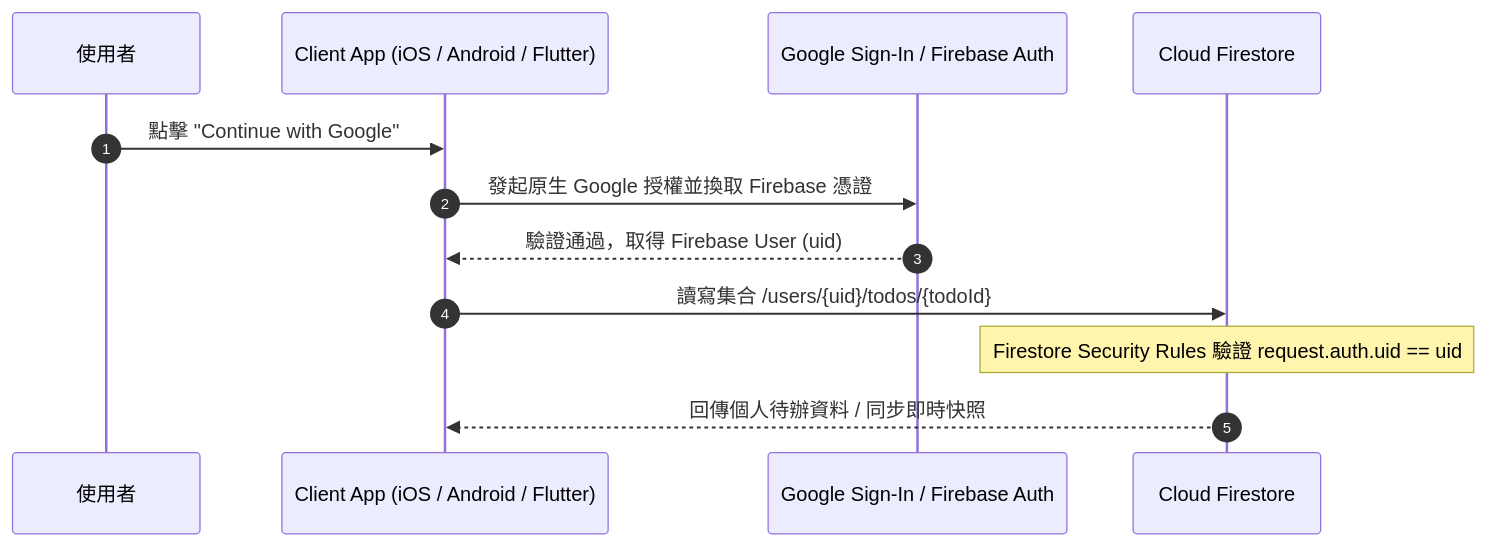
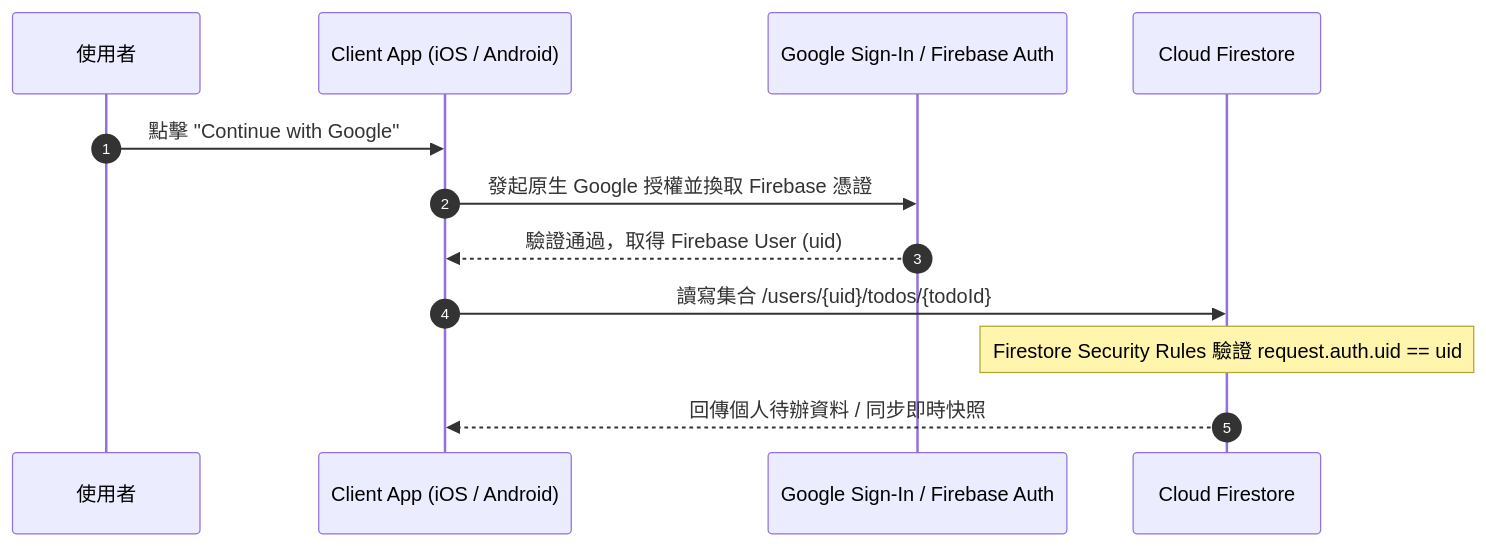
Before and after one commit to rex729/todolist-figma-code-design: the diagram in DESIGN.md, drawn with Mermaid. The commit also changed other lines of this file and 17 other files, not shown here.

````diff
--- a/DESIGN.md
+++ b/DESIGN.md
@@ -59,15 +57,15 @@
 ```mermaid
 sequenceDiagram
     autonumber
     participant User as 使用者
-    participant App as Client App (iOS / Android / Flutter)
+    participant App as Client App (iOS / Android)
     participant GoogleAuth as Google Sign-In / Firebase Auth
     participant Firestore as Cloud Firestore
 
     User->>App: 點擊 "Continue with Google"
     App->>GoogleAuth: 發起原生 Google 授權並換取 Firebase 憑證
     GoogleAuth-->>App: 驗證通過，取得 Firebase User (uid)
     App->>Firestore: 讀寫集合 /users/{uid}/todos/{todoId}
     Note over Firestore: Firestore Security Rules 驗證 request.auth.uid == uid
     Firestore-->>App: 回傳個人待辦資料 / 同步即時快照
 ```
````
